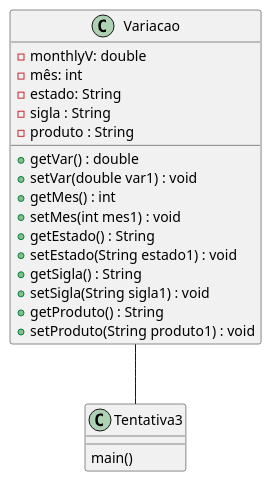
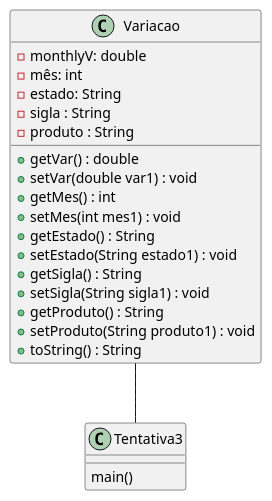
The diagram in diagrama.plantuml (pi7483/Trabalho-IPCA), drawn with PlantUML before and after one commit.

```diff
--- a/diagrama.plantuml
+++ b/diagrama.plantuml
@@ -1,24 +1,25 @@
 @startuml
 class Variacao{
    - monthlyV: double
    - mês: int
    - estado: String
    - sigla : String
    - produto : String
    +getVar() : double
    +setVar(double var1) : void
    +getMes() : int
    +setMes(int mes1) : void
    +getEstado() : String
    +setEstado(String estado1) : void
    +getSigla() : String
    +setSigla(String sigla1) : void
    +getProduto() : String
    +setProduto(String produto1) : void
+   +toString() : String
 }
 class Tentativa3{
     main()
 }
 Variacao -- Tentativa3
 
 @enduml
```
